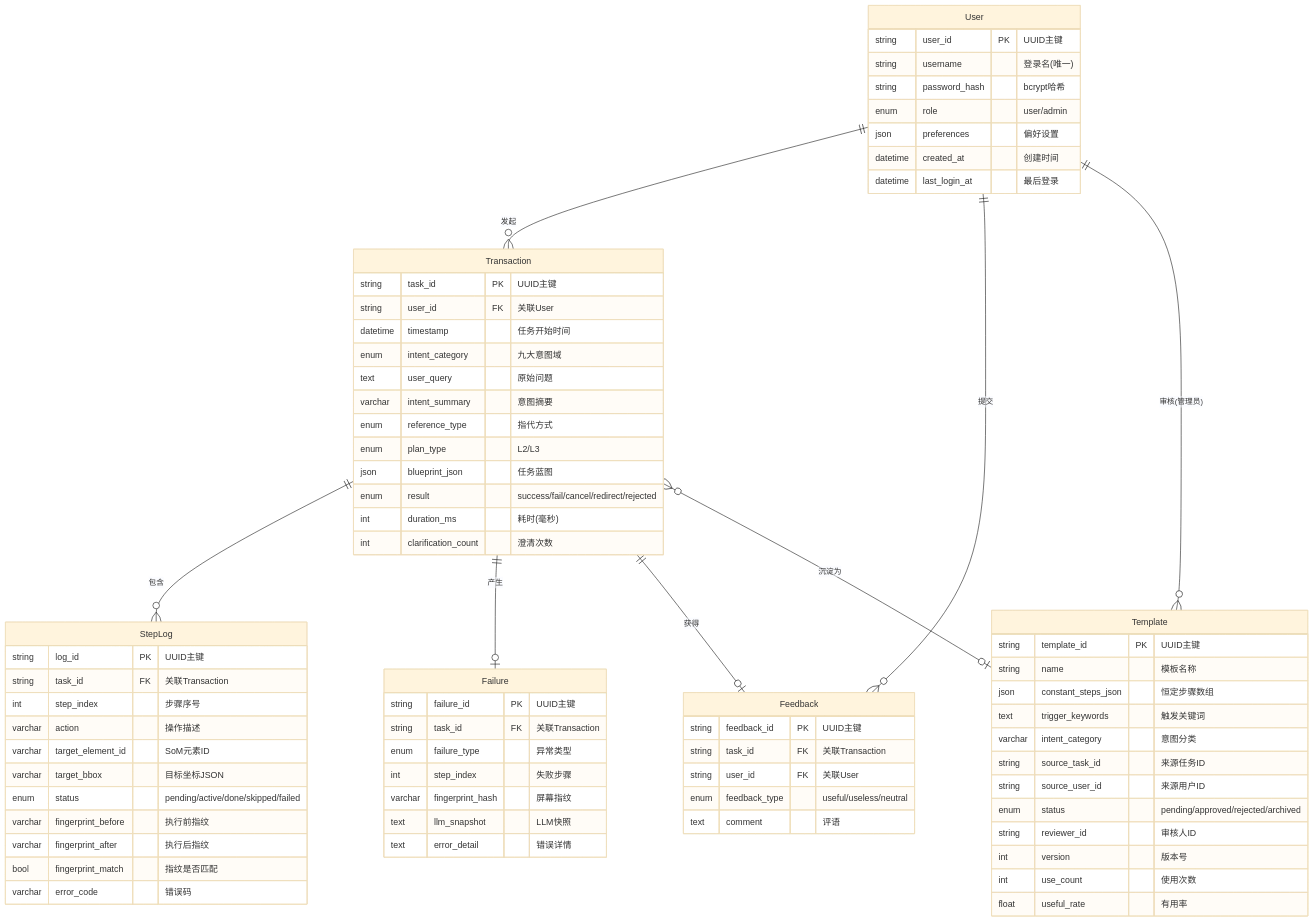
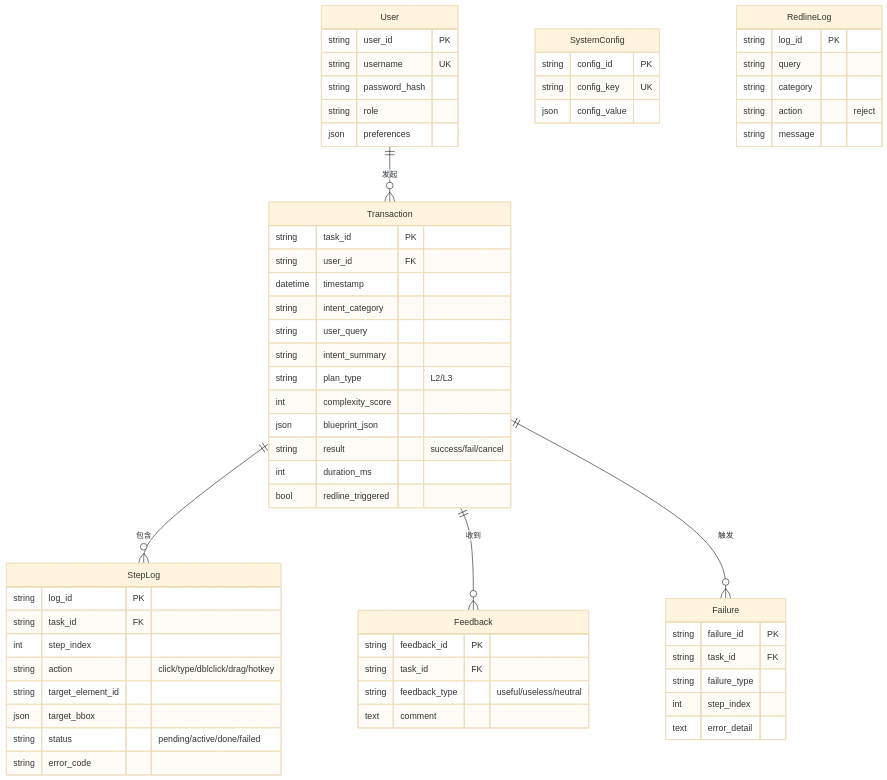
One commit to eicon-xyz/Fuzzy-Visual-Assisted-Question-Answering-System changed the fourth of 7 diagrams in 参考文档/UML_diagrams.md. Above: the diagram before and after it, drawn with Mermaid (base theme). The commit also changed other lines of this file and 10 other files, not shown here.

````diff
--- a/参考文档/UML_diagrams.md
+++ b/参考文档/UML_diagrams.md
@@ -252,83 +123,64 @@
 ```mermaid
 erDiagram
+    User {
+        string user_id PK
+        string username UK
+        string password_hash
+        string role
+        json preferences
+    }
+    Transaction {
+        string task_id PK
+        string user_id FK
+        datetime timestamp
+        string intent_category
+        string user_query
+        string intent_summary
+        string plan_type "L2/L3"
+        int complexity_score
+        json blueprint_json
+        string result "success/fail/cancel"
+        int duration_ms
+        bool redline_triggered
+    }
+    StepLog {
+        string log_id PK
+        string task_id FK
+        int step_index
+        string action "click/type/dblclick/drag/hotkey"
+        string target_element_id
+        json target_bbox
+        string status "pending/active/done/failed"
+        string error_code
+    }
+    Feedback {
+        string feedback_id PK
+        string task_id FK
+        string feedback_type "useful/useless/neutral"
+        text comment
+    }
+    Failure {
+        string failure_id PK
+        string task_id FK
+        string failure_type
+        int step_index
+        text error_detail
+    }
+    SystemConfig {
+        string config_id PK
+        string config_key UK
+        json config_value
+    }
+    RedlineLog {
+        string log_id PK
+        string query
+        string category
+        string action "reject"
+        string message
+    }
+
     User ||--o{ Transaction : "发起"
-    User ||--o{ Feedback : "提交"
-    User ||--o{ Template : "审核(管理员)"
-    
     Transaction ||--o{ StepLog : "包含"
-    Transaction ||--o| Failure : "产生"
-    Transaction ||--o| Feedback : "获得"
-    Transaction }o--o| Template : "沉淀为"
-    
-    User {
-        string user_id PK "UUID主键"
-        string username "登录名(唯一)"
-        string password_hash "bcrypt哈希"
-        enum role "user/admin"
-        json preferences "偏好设置"
-        datetime created_at "创建时间"
-        datetime last_login_at "最后登录"
-    }
-    
-    Transaction {
-        string task_id PK "UUID主键"
-        string user_id FK "关联User"
-        datetime timestamp "任务开始时间"
-        enum intent_category "九大意图域"
-        text user_query "原始问题"
-        varchar intent_summary "意图摘要"
-        enum reference_type "指代方式"
-        enum plan_type "L2/L3"
-        json blueprint_json "任务蓝图"
-        enum result "success/fail/cancel/redirect/rejected"
-        int duration_ms "耗时(毫秒)"
-        int clarification_count "澄清次数"
-    }
-    
-    StepLog {
-        string log_id PK "UUID主键"
-        string task_id FK "关联Transaction"
-        int step_index "步骤序号"
-        varchar action "操作描述"
-        varchar target_element_id "SoM元素ID"
-        varchar target_bbox "目标坐标JSON"
-        enum status "pending/active/done/skipped/failed"
-        varchar fingerprint_before "执行前指纹"
-        varchar fingerprint_after "执行后指纹"
-        bool fingerprint_match "指纹是否匹配"
-        varchar error_code "错误码"
-    }
-    
-    Template {
-        string template_id PK "UUID主键"
-        string name "模板名称"
-        json constant_steps_json "恒定步骤数组"
-        text trigger_keywords "触发关键词"
-        varchar intent_category "意图分类"
-        string source_task_id "来源任务ID"
-        string source_user_id "来源用户ID"
-        enum status "pending/approved/rejected/archived"
-        string reviewer_id "审核人ID"
-        int version "版本号"
-        int use_count "使用次数"
-        float useful_rate "有用率"
-    }
-    
-    Feedback {
-        string feedback_id PK "UUID主键"
-        string task_id FK "关联Transaction"
-        string user_id FK "关联User"
-        enum feedback_type "useful/useless/neutral"
-        text comment "评语"
-    }
-    
-    Failure {
-        string failure_id PK "UUID主键"
-        string task_id FK "关联Transaction"
-        enum failure_type "异常类型"
-        int step_index "失败步骤"
-        varchar fingerprint_hash "屏幕指纹"
-        text llm_snapshot "LLM快照"
-        text error_detail "错误详情"
-    }
+    Transaction ||--o{ Feedback : "收到"
+    Transaction ||--o{ Failure : "触发"
 ```
````
